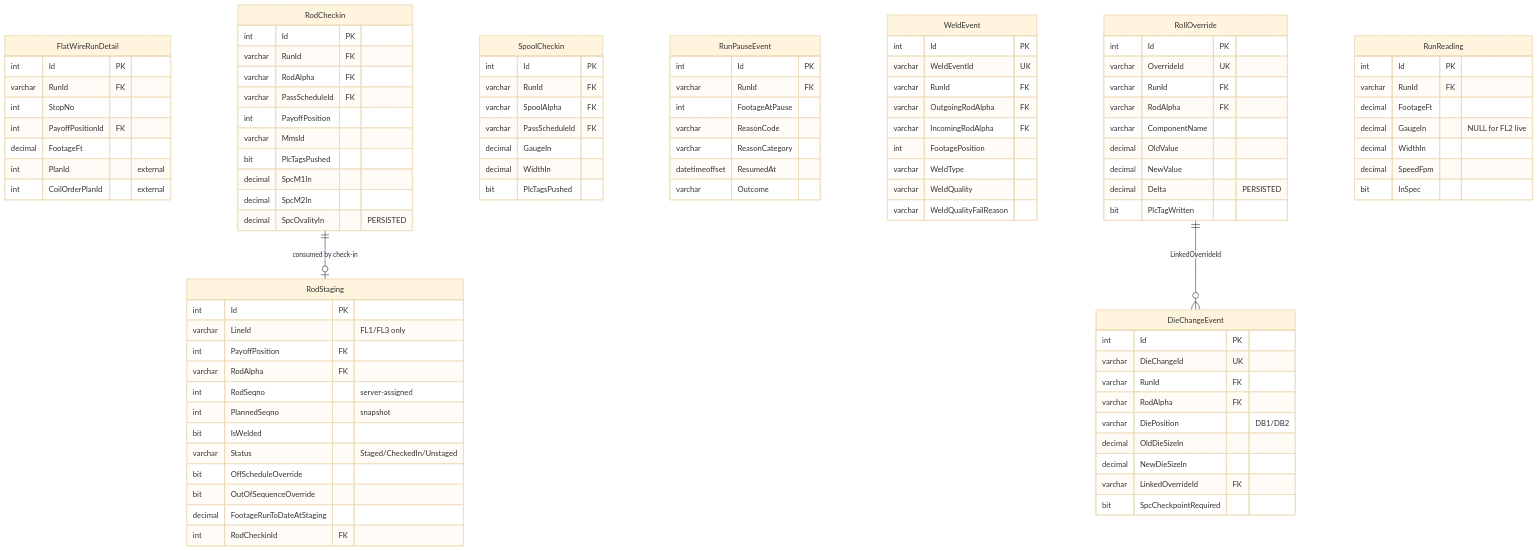
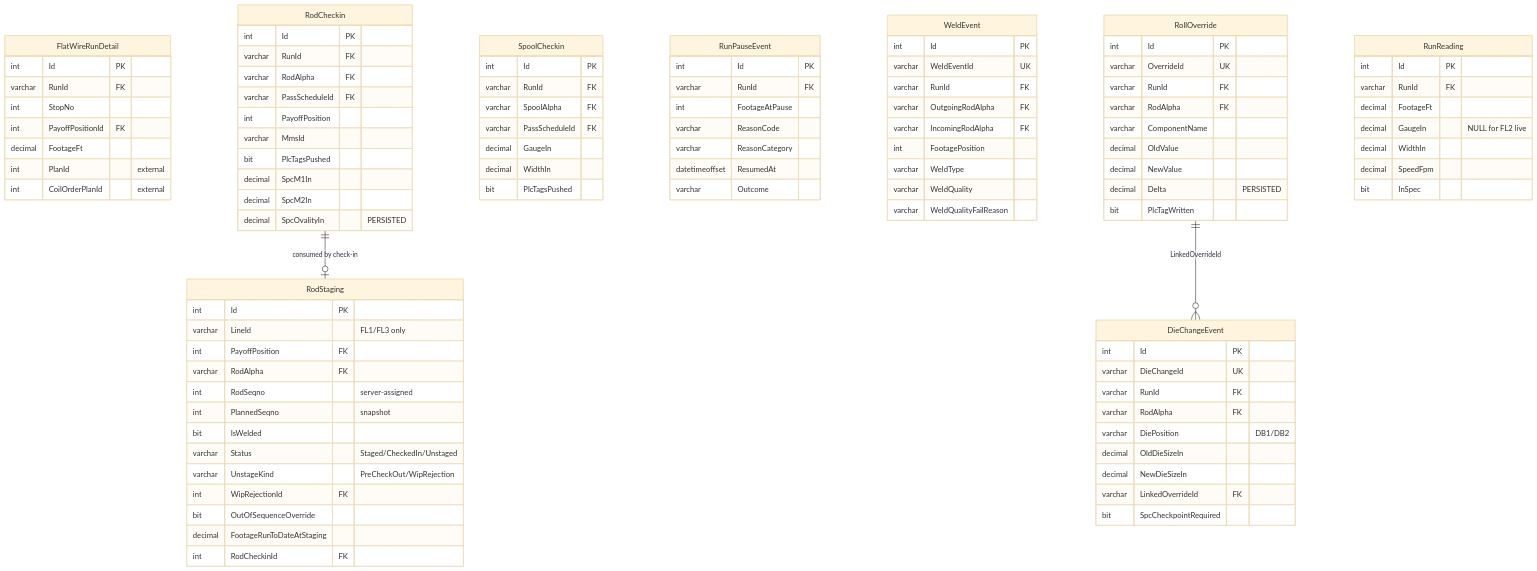
Before and after one commit to UnitedAluminum/Flatwire-planning: the eighth of 10 diagrams in LatestDocument/ProjectPlan/03-HLD-and-ERDiagram.md, drawn with Mermaid (base theme). The commit also changed other lines of this file and 63 other files, not shown here.

```diff
--- a/LatestDocument/ProjectPlan/03-HLD-and-ERDiagram.md
+++ b/LatestDocument/ProjectPlan/03-HLD-and-ERDiagram.md
@@ -753,7 +760,8 @@
         int PlannedSeqno "snapshot"
         bit IsWelded
         varchar Status "Staged/CheckedIn/Unstaged"
-        bit OffScheduleOverride
+        varchar UnstageKind "PreCheckOut/WipRejection"
+        int WipRejectionId FK
         bit OutOfSequenceOverride
         decimal FootageRunToDateAtStaging
         int RodCheckinId FK }
```
